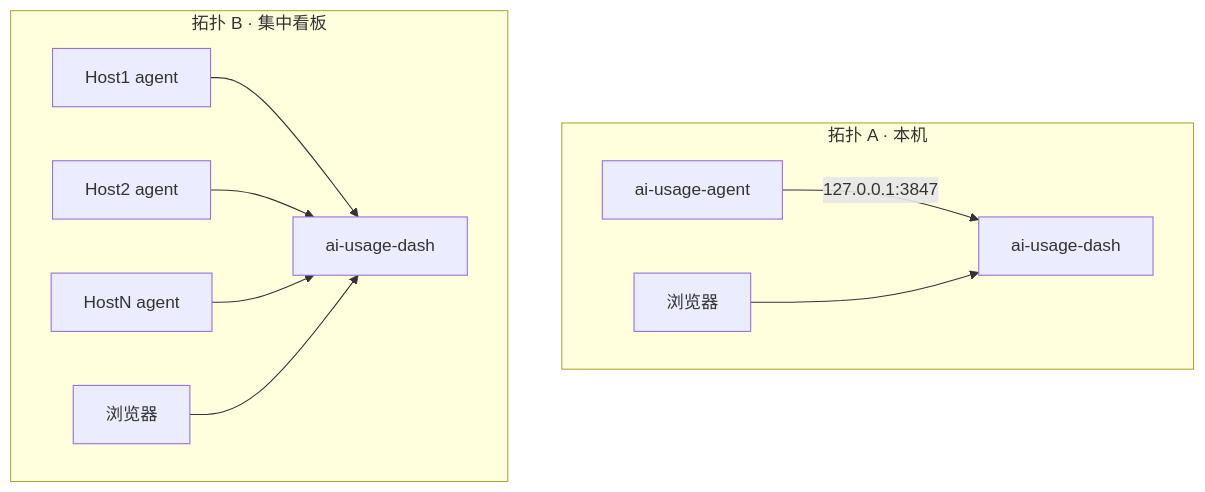
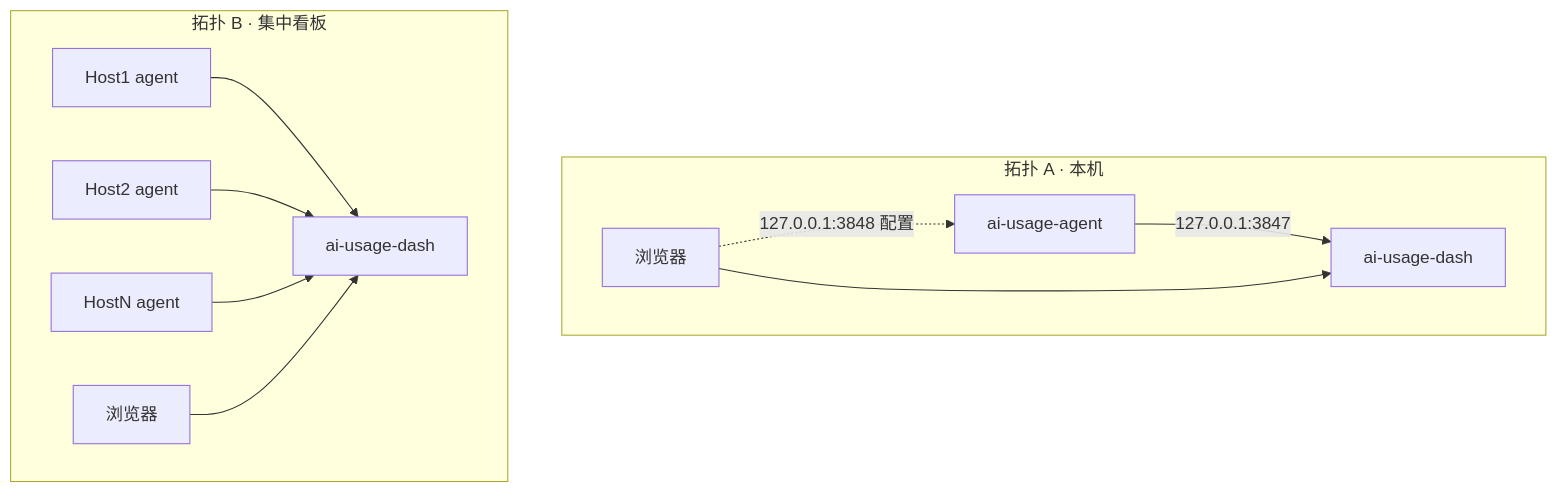
One commit to Huanfiy/ai-usage changed the fifth of 5 diagrams in docs/design/architecture.md. Above: the diagram before and after it, drawn with Mermaid. The commit also changed other lines of this file and 19 other files, not shown here.

````diff
--- a/docs/design/architecture.md
+++ b/docs/design/architecture.md
@@ -141,13 +142,14 @@
 ```mermaid
 flowchart TB
   subgraph local [拓扑 A · 本机]
     la["ai-usage-agent"] -->|127.0.0.1:3847| ld["ai-usage-dash"]
     b1[浏览器] --> ld
+    b1 -.->|127.0.0.1:3848 配置| la
   end
   subgraph remote [拓扑 B · 集中看板]
     a1[Host1 agent] --> sd["ai-usage-dash"]
     a2[Host2 agent] --> sd
     a3[HostN agent] --> sd
     b2[浏览器] --> sd
   end
 ```
````
